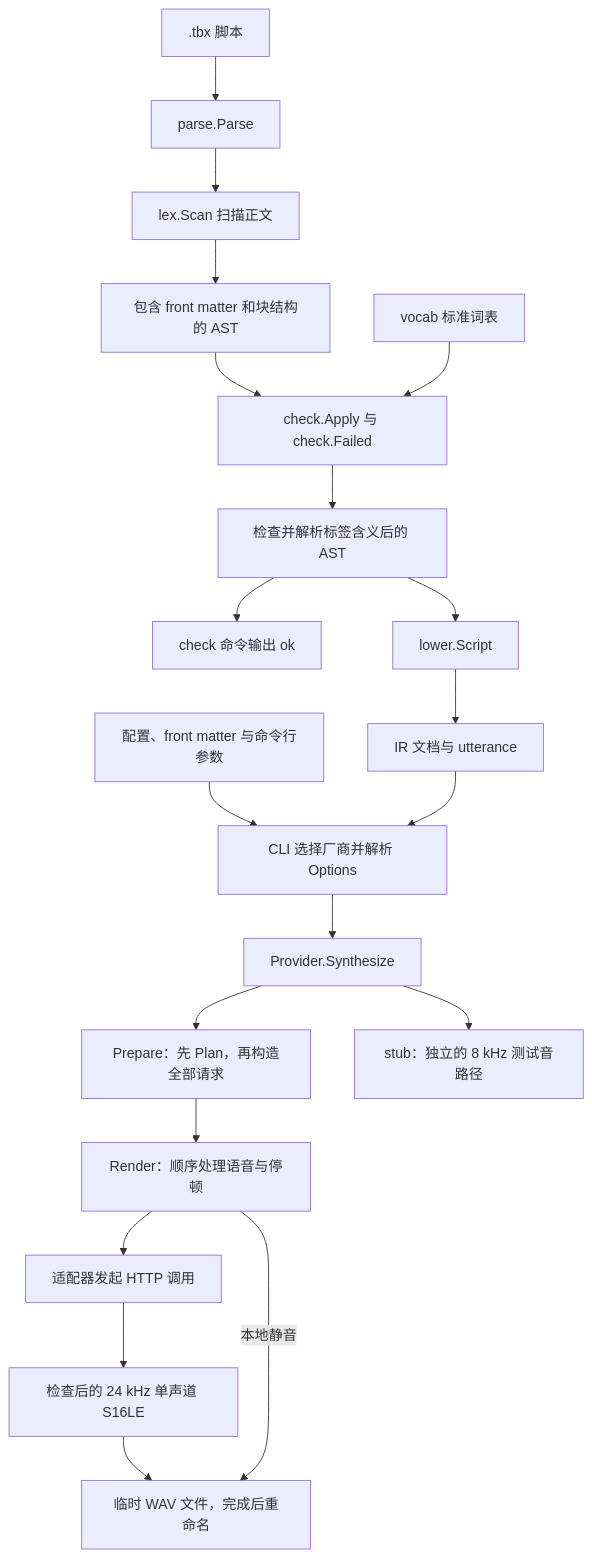
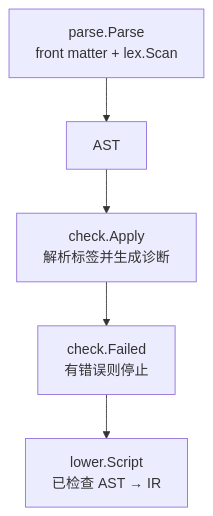
Before and after one commit to zyy17/timbrex: the second of 5 diagrams in docs/architecture.zh-cn.md, drawn with Mermaid. The commit also changed other lines of this file and 1 other file, not shown here.

Commit message:
docs: split architecture diagrams into focused views

````diff
--- a/docs/architecture.zh-cn.md
+++ b/docs/architecture.zh-cn.md
@@ -11,22 +93,7 @@
 ```mermaid
 flowchart TD
-    Source[".tbx 脚本"] --> Parse["parse.Parse"]
-    Parse --> Lex["lex.Scan 扫描正文"]
-    Lex --> AST["包含 front matter 和块结构的 AST"]
-    AST --> Check["check.Apply 与 check.Failed"]
-    Vocab["vocab 标准词表"] --> Check
-    Check --> Checked["检查并解析标签含义后的 AST"]
-    Checked --> CheckDone["check 命令输出 ok"]
-    Checked --> Lower["lower.Script"]
-    Lower --> IR["IR 文档与 utterance"]
-    Settings["配置、front matter 与命令行参数"] --> CLI["CLI 选择厂商并解析 Options"]
-    IR --> CLI
-    CLI --> Adapter["Provider.Synthesize"]
-    Adapter --> Prepare["Prepare：先 Plan，再构造全部请求"]
-    Prepare --> Render["Render：顺序处理语音与停顿"]
-    Render --> HTTP["适配器发起 HTTP 调用"]
-    HTTP --> PCM["检查后的 24 kHz 单声道 S16LE"]
-    PCM --> Output["临时 WAV 文件，完成后重命名"]
-    Render -->|本地静音| Output
-    Adapter --> Stub["stub：独立的 8 kHz 测试音路径"]
+    Parse["parse.Parse<br/>front matter + lex.Scan"] --> AST["AST"]
+    AST --> Check["check.Apply<br/>解析标签并生成诊断"]
+    Check --> Gate["check.Failed<br/>有错误则停止"]
+    Gate --> Lower["lower.Script<br/>已检查 AST → IR"]
 ```
````
